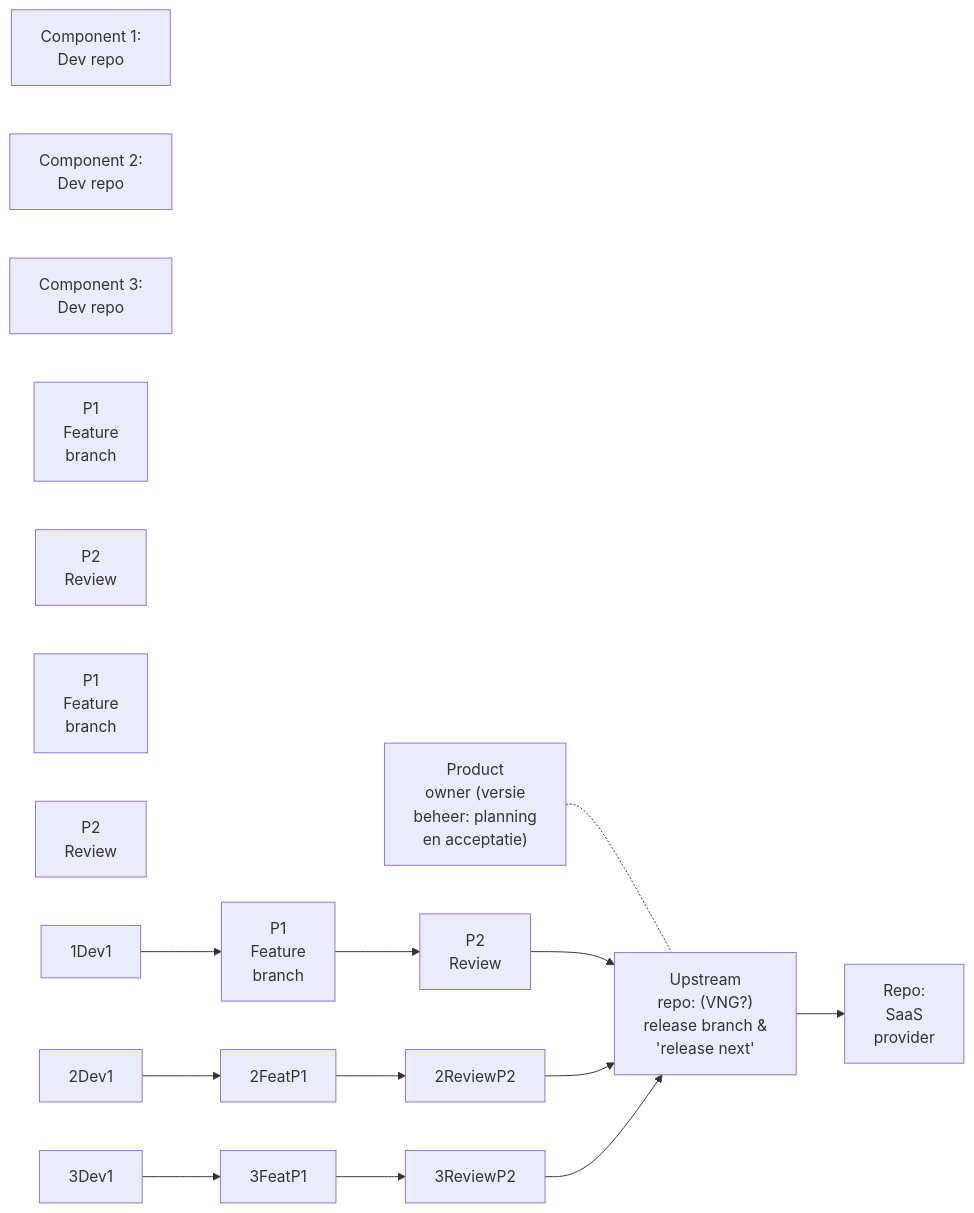
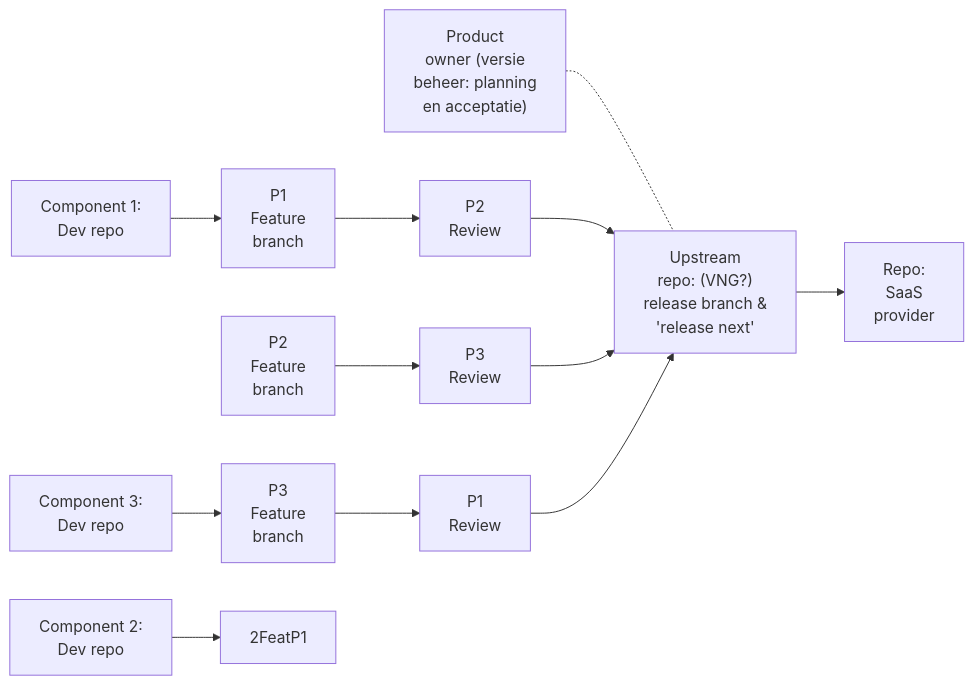
Before and after one commit to open-zaak/samenwerken: the third of 3 diagrams in docs/verslag-ecosysteem-en-rollen.md, drawn with Mermaid.

````diff
--- a/docs/verslag-ecosysteem-en-rollen.md
+++ b/docs/verslag-ecosysteem-en-rollen.md
@@ -169,51 +169,49 @@
 ```mermaid
 graph LR
     %% Nodes
     
     %% Left Side: Components
     Dev1["Component 1:<br/>Dev repo"]
-
     Dev2["Component 2:<br/>Dev repo"]
-
     Dev3["Component 3:<br/>Dev repo"]
 
     %% Reviews
     1FeatP1["P1<br/>Feature<br/>branch"]
     1ReviewP2["P2<br/>Review"]
 
-    2FeatP2["P1<br/>Feature<br/>branch"]
-    2ReviewP3["P2<br/>Review"]
+    2FeatP2["P2<br/>Feature<br/>branch"]
+    2ReviewP3["P3<br/>Review"]
 
-    3FeatP3["P1<br/>Feature<br/>branch"]
-    3ReviewP1["P2<br/>Review"]
+    3FeatP3["P3<br/>Feature<br/>branch"]
+    3ReviewP1["P1<br/>Review"]
 
     %% Center: Upstream & Management
     Upstream["Upstream<br/>repo: (VNG?)<br/>release branch &<br/>'release next'"]
     PO["Product<br/>owner (versie<br/>beheer: planning<br/>en acceptatie)"]
 
     %% Right Side: SaaS
     SaaS["Repo:<br/>SaaS<br/>provider"]
 
     %% Connections
     
     %% PO Logic (dotted line for oversight)
     PO -.- Upstream
 
     %% Component 1
-    1Dev1 --> 1FeatP1
+    Dev1 --> 1FeatP1
     1FeatP1 --> 1ReviewP2
     1ReviewP2 --> Upstream
 
     %% Component 2
-    2Dev1 --> 2FeatP1
-    2FeatP1 --> 2ReviewP2
-    2ReviewP2 --> Upstream
+    Dev2 --> 2FeatP1
+    2FeatP2 --> 2ReviewP3
+    2ReviewP3 --> Upstream
 
     %% Component 3
-    3Dev1 --> 3FeatP1
-    3FeatP1 --> 3ReviewP2
-    3ReviewP2 --> Upstream
+    Dev3 --> 3FeatP3
+    3FeatP3 --> 3ReviewP1
+    3ReviewP1 --> Upstream
 
     %% Downstream / Release
     Upstream --> SaaS
 ```
````
